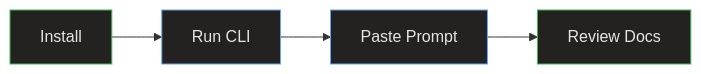
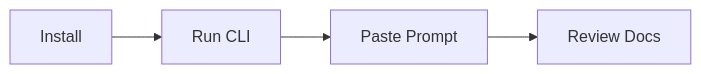
The diagram in astro-site/src/content/docs/sop/index.md (relukdev/doc-kit), drawn with Mermaid before and after one commit. The commit also changed 48 other files, not shown here.

First line of the commit message:
fix: remove hard-coded Mermaid dark-mode colors, use native themes for light/dark

````diff
--- a/astro-site/src/content/docs/sop/index.md
+++ b/astro-site/src/content/docs/sop/index.md
@@ -27,11 +27,7 @@
 ```mermaid
 graph LR
-    style A fill:#232221,stroke:#3fb950,color:#E8E5DF
-    style B fill:#232221,stroke:#60A5FA,color:#E8E5DF
-    style C fill:#232221,stroke:#60A5FA,color:#E8E5DF
-    style D fill:#232221,stroke:#3fb950,color:#E8E5DF
 
     A["Install"] --> B["Run CLI"]
     B --> C["Paste Prompt"]
     C --> D["Review Docs"]
 ```
````
